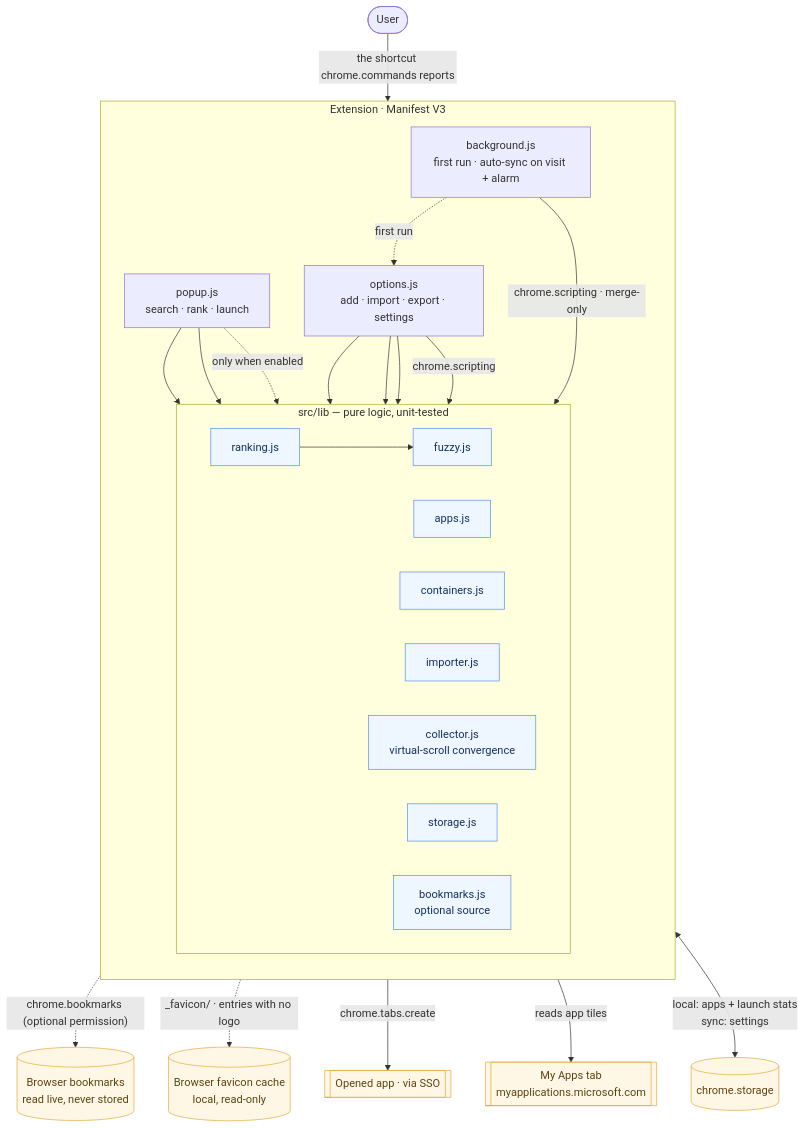
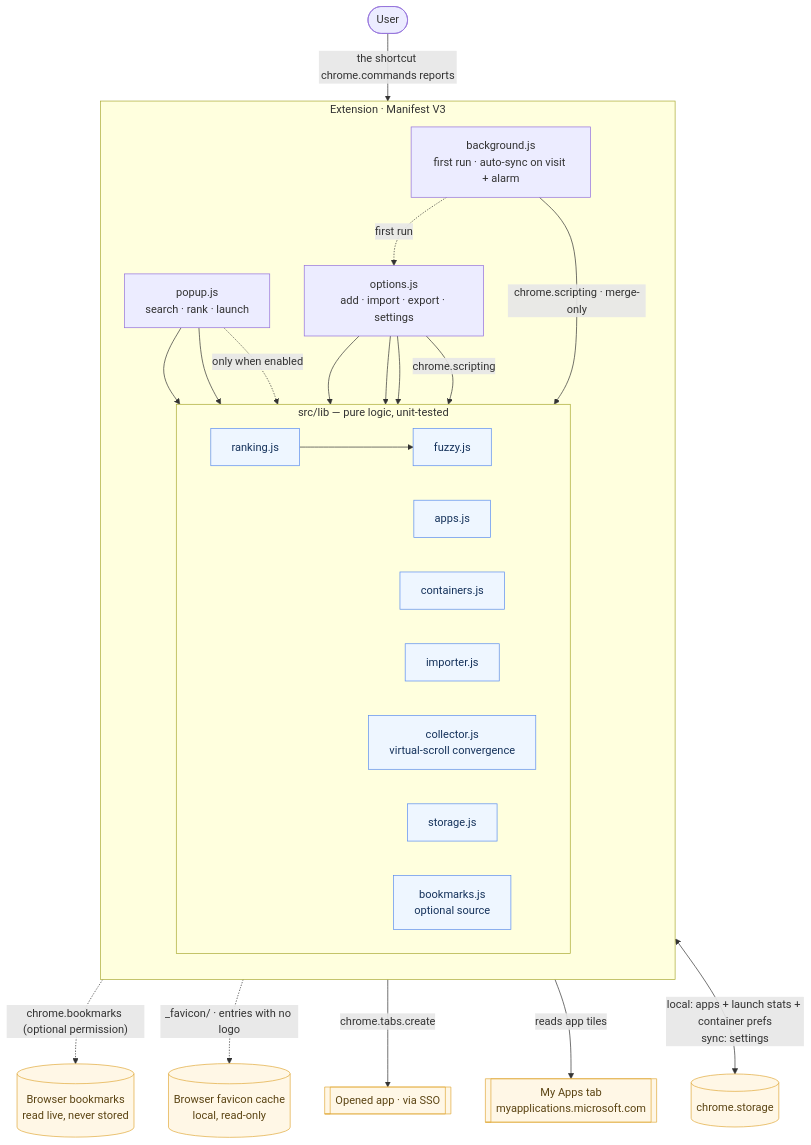
One commit to sapn95/beeline changed the first of 2 diagrams in docs/architecture.md. Above: the diagram before and after it, drawn with Mermaid. The commit also changed other lines of this file and 3 other files, not shown here.

First line of the commit message:
fix(storage): keep container ids out of synced settings

````diff
--- a/docs/architecture.md
+++ b/docs/architecture.md
@@ -11,52 +11,52 @@
 ```mermaid
 flowchart TB
   user(["User"])
 
   subgraph ext["Extension · Manifest V3"]
     direction TB
     popup["popup.js<br/>search · rank · launch"]
     options["options.js<br/>add · import · export · settings"]
     bg["background.js<br/>first run · auto-sync on visit + alarm"]
 
     subgraph lib["src/lib — pure logic, unit-tested"]
       direction LR
       ranking["ranking.js"] --> fuzzy["fuzzy.js"]
       apps["apps.js"]
       containers["containers.js"]
       importer["importer.js"]
       collector["collector.js<br/>virtual-scroll convergence"]
       storage["storage.js"]
       bookmarksLib["bookmarks.js<br/>optional source"]
     end
   end
 
   store[("chrome.storage")]
   marks[("Browser bookmarks<br/>read live, never stored")]
   icons[("Browser favicon cache<br/>local, read-only")]
   myapps[["My Apps tab<br/>myapplications.microsoft.com"]]
   opened[["Opened app · via SSO"]]
 
   user -->|"the shortcut chrome.commands reports"| popup
   bg -. first run .-> options
 
   popup --> ranking
   popup --> storage
   popup -.->|"only when enabled"| bookmarksLib
   bookmarksLib -.->|"chrome.bookmarks (optional permission)"| marks
   popup -.->|"_favicon/ · entries with no logo"| icons
   popup -->|"chrome.tabs.create"| opened
 
   options --> apps
   options --> storage
   options --> collector
   options -->|"chrome.scripting"| importer
   bg -->|"chrome.scripting · merge-only"| importer
   importer -->|"reads app tiles"| myapps
 
-  storage <-->|"local: apps + launch stats<br/>sync: settings"| store
+  storage <-->|"local: apps + launch stats + container prefs<br/>sync: settings"| store
 
   classDef pure fill:#eef6ff,stroke:#5b8def,color:#15325b;
   classDef extern fill:#fff7e6,stroke:#e0a93b,color:#5b4413;
   class ranking,fuzzy,apps,importer,collector,storage,bookmarksLib,containers pure;
   class store,marks,icons,myapps,opened extern;
 ```
````
